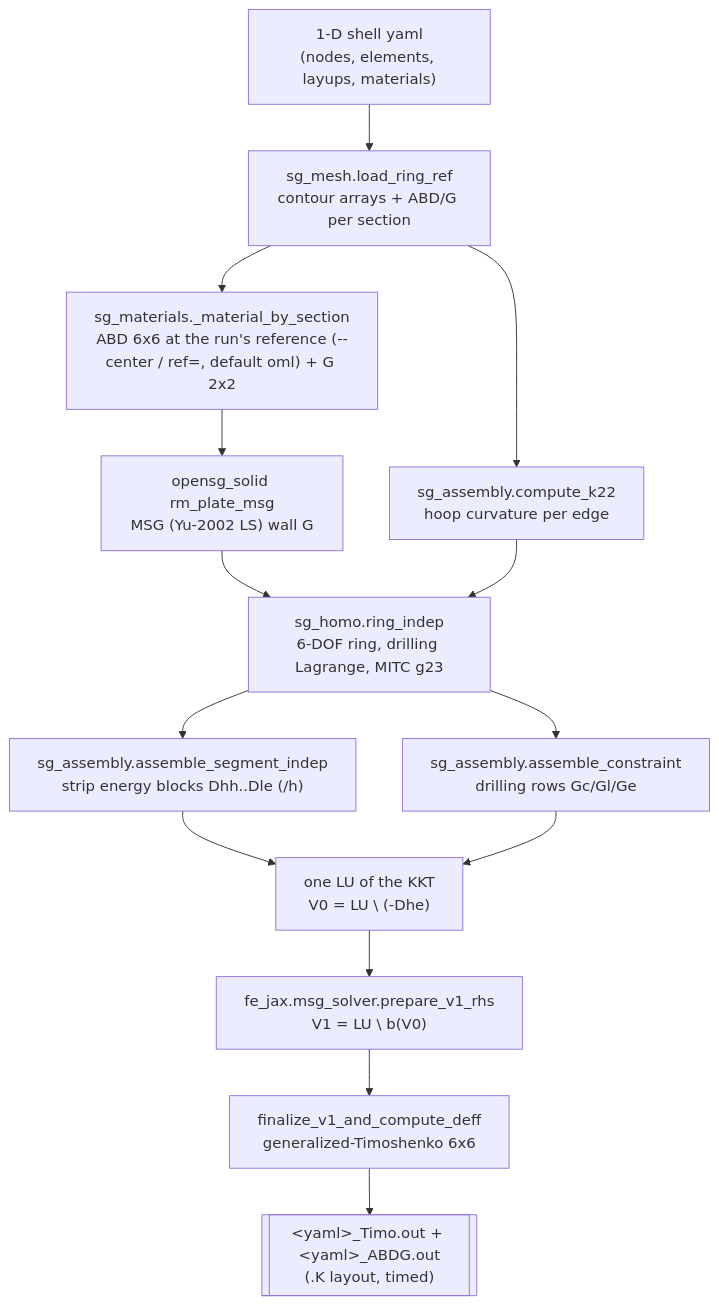
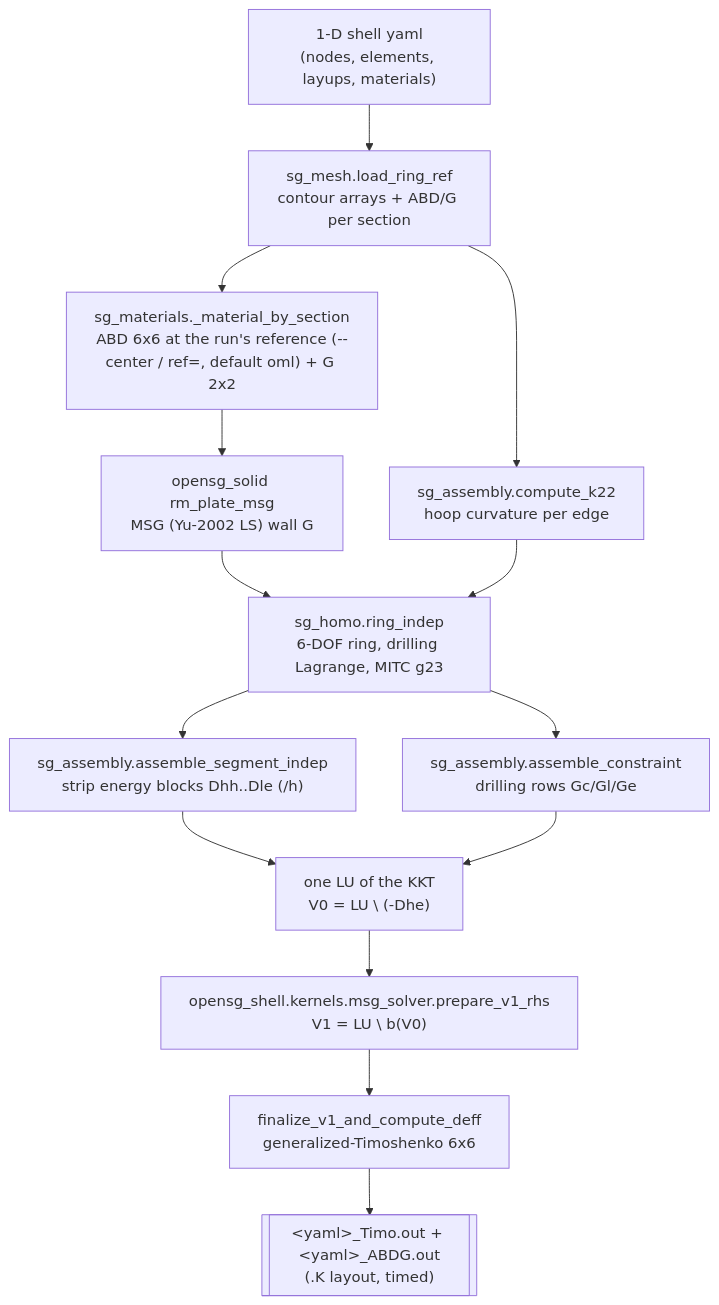
One commit to wenbinyugroup/OpenSG changed the first of 4 diagrams in docs/architecture.md. Above: the diagram before and after it, drawn with Mermaid. The commit also changed other lines of this file and 890 other files, not shown here.

````diff
--- a/docs/architecture.md
+++ b/docs/architecture.md
@@ -54,16 +54,16 @@
 ```{mermaid}
 flowchart TD
     Y1["1-D shell yaml<br/>(nodes, elements, layups, materials)"] --> LR["sg_mesh.load_ring_ref<br/>contour arrays + ABD/G per section"]
     LR --> MB["sg_materials._material_by_section<br/>ABD 6x6 at the run's reference (--center / ref=, default oml) + G 2x2"]
     MB --> GMSG["opensg_solid rm_plate_msg<br/>MSG (Yu-2002 LS) wall G"]
     LR --> K22["sg_assembly.compute_k22<br/>hoop curvature per edge"]
     GMSG --> RI["sg_homo.ring_indep<br/>6-DOF ring, drilling Lagrange, MITC g23"]
     K22 --> RI
     RI --> ASM["sg_assembly.assemble_segment_indep<br/>strip energy blocks Dhh..Dle (/h)"]
     RI --> CON["sg_assembly.assemble_constraint<br/>drilling rows Gc/Gl/Ge"]
     ASM --> LU["one LU of the KKT<br/>V0 = LU \ (-Dhe)"]
     CON --> LU
-    LU --> V1["fe_jax.msg_solver.prepare_v1_rhs<br/>V1 = LU \ b(V0)"]
+    LU --> V1["opensg_shell.kernels.msg_solver.prepare_v1_rhs<br/>V1 = LU \ b(V0)"]
     V1 --> FIN["finalize_v1_and_compute_deff<br/>generalized-Timoshenko 6x6"]
     FIN --> OUT1[["&lt;yaml&gt;_Timo.out + &lt;yaml&gt;_ABDG.out<br/>(.K layout, timed)"]]
 ```
````
